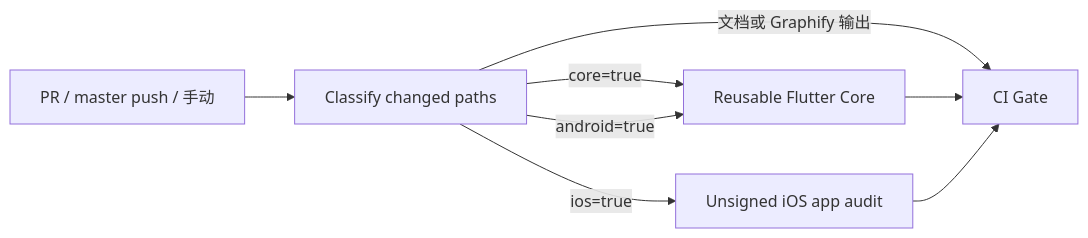
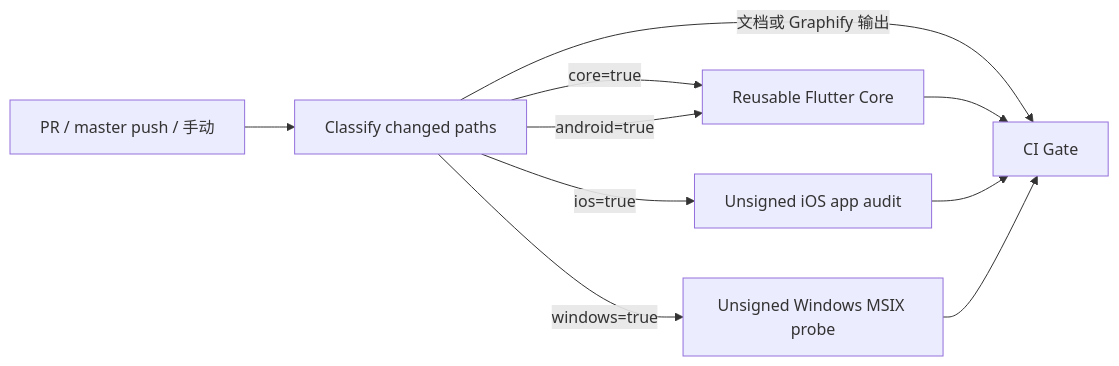
Before and after one commit to zhangheng2022/meet_trace: the diagram in spec/spec-process-cicd-flutter-ci.md, drawn with Mermaid. The commit also changed other lines of this file and 18 other files, not shown here.

Commit message:
增加 Windows MSIX 开发探针

````diff
--- a/spec/spec-process-cicd-flutter-ci.md
+++ b/spec/spec-process-cicd-flutter-ci.md
@@ -29,10 +29,12 @@
 ```mermaid
 flowchart LR
   A["PR / master push / 手动"] --> B["Classify changed paths"]
   B -->|"core=true"| C["Reusable Flutter Core"]
   B -->|"android=true"| C
   B -->|"ios=true"| D["Unsigned iOS app audit"]
+  B -->|"windows=true"| W["Unsigned Windows MSIX probe"]
   B -->|"文档或 Graphify 输出"| E["CI Gate"]
   C --> E
   D --> E
+  W --> E
 ```
````
